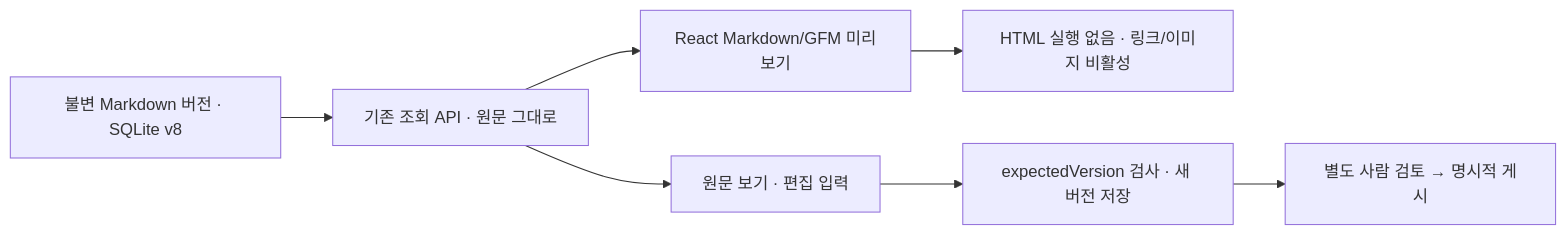
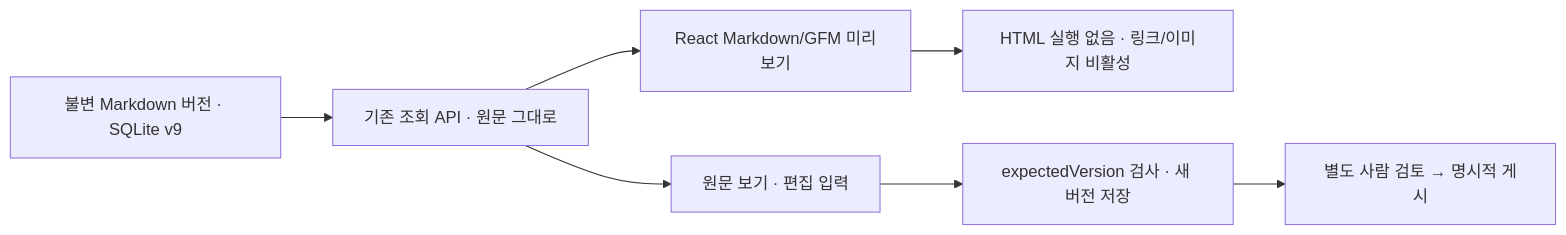
Before and after one commit to thisisnew/dougle: the sixth of 6 diagrams in docs/design-map.md, drawn with Mermaid. The commit also changed other lines of this file and 25 other files, not shown here.

````diff
--- a/docs/design-map.md
+++ b/docs/design-map.md
@@ -248,9 +248,9 @@
 ```mermaid
 flowchart LR
-  Version["불변 Markdown 버전 · SQLite v8"] --> API["기존 조회 API · 원문 그대로"]
+  Version["불변 Markdown 버전 · SQLite v9"] --> API["기존 조회 API · 원문 그대로"]
   API --> Preview["React Markdown/GFM 미리보기"]
   API --> Raw["원문 보기 · 편집 입력"]
   Preview --> Safe["HTML 실행 없음 · 링크/이미지 비활성"]
   Raw --> Save["expectedVersion 검사 · 새 버전 저장"]
   Save --> Review["별도 사람 검토 → 명시적 게시"]
 ```
````
